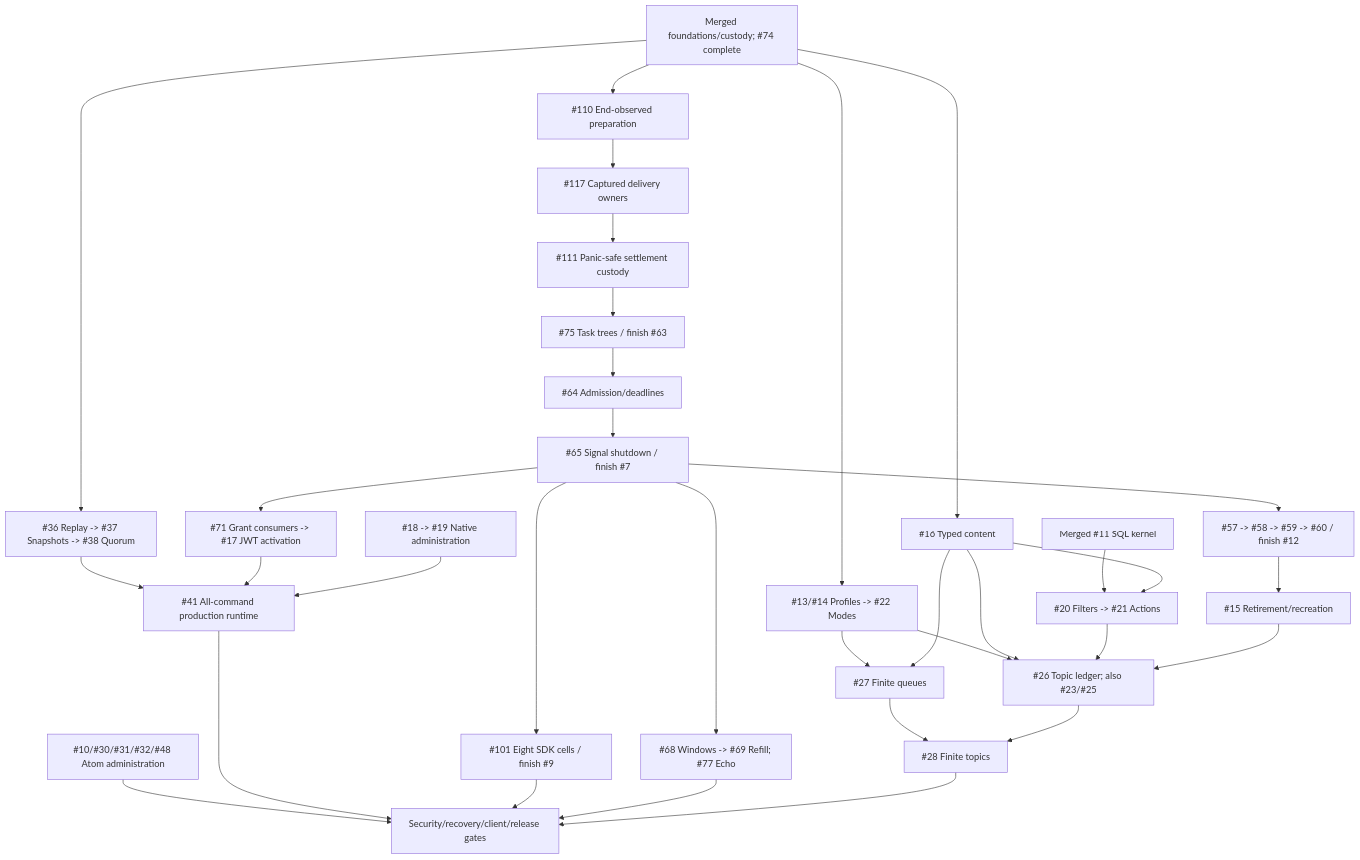
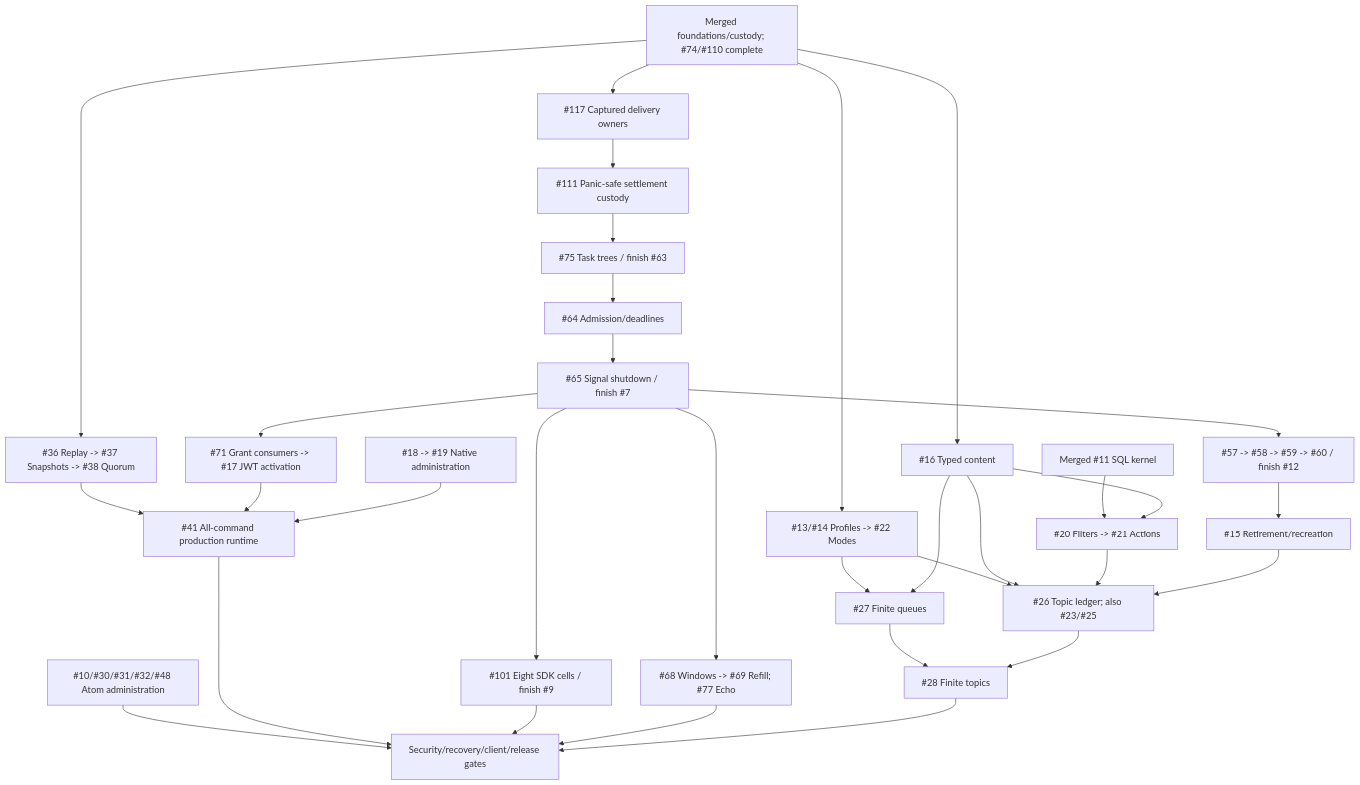
The diagram in docs/roadmap.md (DeandreT/switchyard), drawn with Mermaid before and after one commit. The commit also changed other lines of this file and 13 other files, not shown here.

````diff
--- a/docs/roadmap.md
+++ b/docs/roadmap.md
@@ -69,35 +70,34 @@
 ```mermaid
 flowchart TD
-    Main["Merged foundations/custody; #74 complete"] --> Prep["#110 End-observed preparation"]
-    Prep --> Delivery["#117 Captured delivery owners"]
+    Main["Merged foundations/custody; #74/#110 complete"] --> Delivery["#117 Captured delivery owners"]
     Delivery --> Panic["#111 Panic-safe settlement custody"]
     Panic --> Trees["#75 Task trees / finish #63"]
     Trees --> Admission["#64 Admission/deadlines"]
     Admission --> Signals["#65 Signal shutdown / finish #7"]
     Signals --> Authority["#57 -> #58 -> #59 -> #60 / finish #12"]
     Authority --> Delete["#15 Retirement/recreation"]
     Signals --> Grants["#71 Grant consumers -> #17 JWT activation"]
     Signals --> Matrix["#101 Eight SDK cells / finish #9"]
     Signals --> Windows["#68 Windows -> #69 Refill; #77 Echo"]
     Main --> Profiles["#13/#14 Profiles -> #22 Modes"]
     Main --> Content["#16 Typed content"]
     Kernel["Merged #11 SQL kernel"] --> Rules["#20 Filters -> #21 Actions"]
     Content --> Rules
     Profiles --> Queue["#27 Finite queues"]
     Content --> Queue
     Profiles --> Ledger["#26 Topic ledger; also #23/#25"]
     Content --> Ledger
     Rules --> Ledger
     Delete --> Ledger
     Queue --> Topic["#28 Finite topics"]
     Ledger --> Topic
     Main --> Log["#36 Replay -> #37 Snapshots -> #38 Quorum"]
     Log --> Runtime["#41 All-command production runtime"]
     Grants --> Runtime
     Admin["#18 -> #19 Native administration"] --> Runtime
     Atom["#10/#30/#31/#32/#48 Atom administration"] --> Gates
     Runtime --> Gates["Security/recovery/client/release gates"]
     Matrix --> Gates
     Windows --> Gates
     Topic --> Gates
 ```
````
